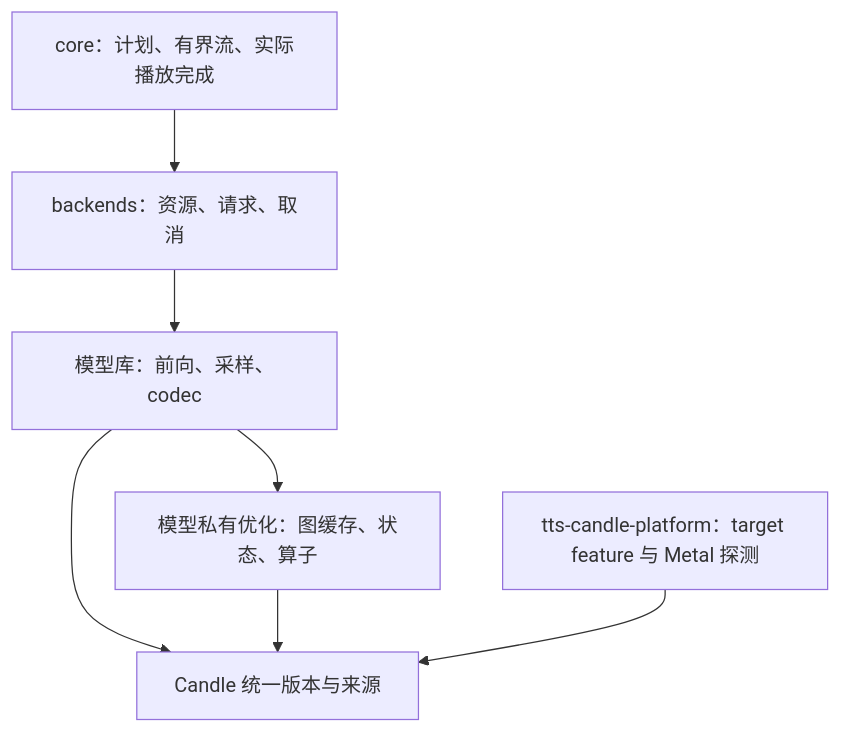
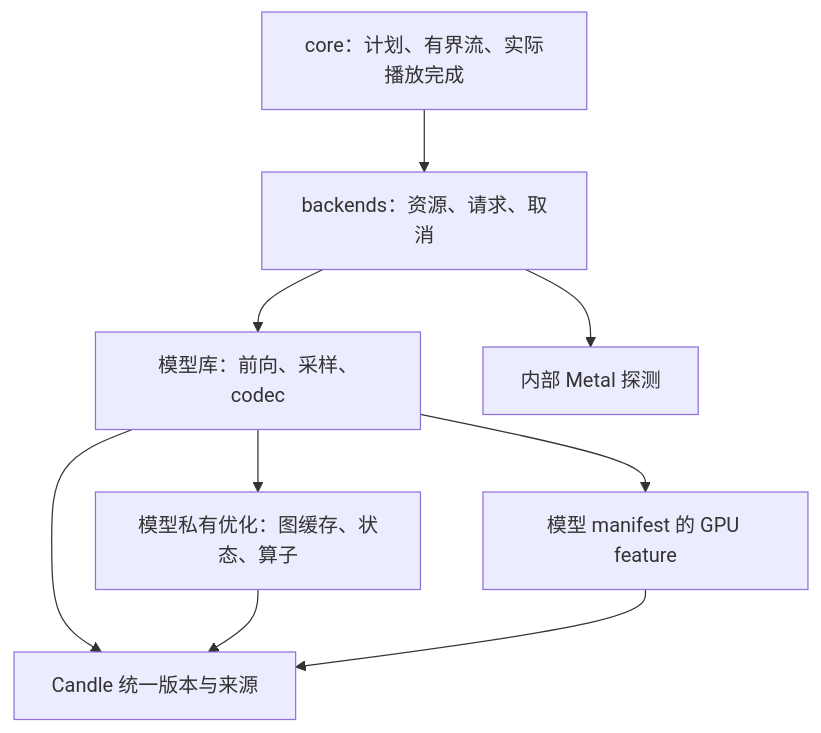
Before and after one commit to yexiyue/talechime: the diagram in docs/knowledge/tts-performance.md, drawn with Mermaid. The commit also changed other lines of this file and 185 other files, not shown here.

````diff
--- a/docs/knowledge/tts-performance.md
+++ b/docs/knowledge/tts-performance.md
@@ -41,9 +41,11 @@
 ```mermaid
 flowchart TD
     Core[core：计划、有界流、实际播放完成] --> Adapter[backends：资源、请求、取消]
     Adapter --> Model[模型库：前向、采样、codec]
     Model --> Local[模型私有优化：图缓存、状态、算子]
     Model --> Candle[Candle 统一版本与来源]
     Local --> Candle
-    Platform[tts-candle-platform：target feature 与 Metal 探测] --> Candle
+    Adapter --> Probe[内部 Metal 探测]
+    Model --> Features[模型 manifest 的 GPU feature]
+    Features --> Candle
 ```
````
